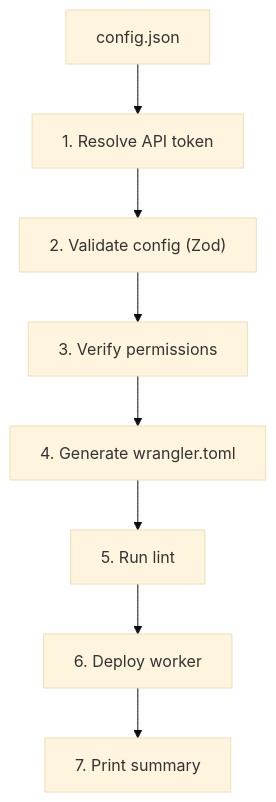
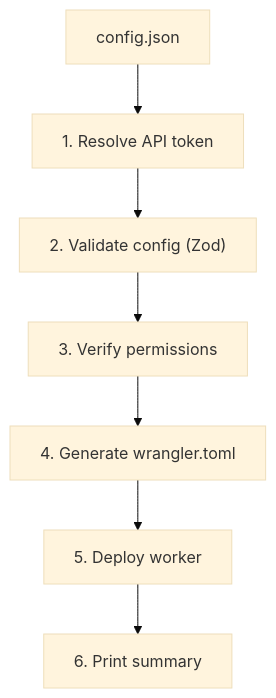
Before and after one commit to cbnventures/branded-short-links: the third of 3 diagrams in apps/docs/docs/reference/architecture.mdx, drawn with Mermaid (base theme). The commit also changed 60 other files, not shown here.

````diff
--- a/apps/docs/docs/reference/architecture.mdx
+++ b/apps/docs/docs/reference/architecture.mdx
@@ -138,10 +138,9 @@
 ```mermaid
 graph TD
     Config[config.json] --> Step1["1. Resolve API token"]
     Step1 --> Step2["2. Validate config (Zod)"]
     Step2 --> Step3["3. Verify permissions"]
     Step3 --> Step4["4. Generate wrangler.toml"]
-    Step4 --> Step5["5. Run lint"]
-    Step5 --> Step6["6. Deploy worker"]
-    Step6 --> Step7["7. Print summary"]
+    Step4 --> Step5["5. Deploy worker"]
+    Step5 --> Step6["6. Print summary"]
 ```
````
